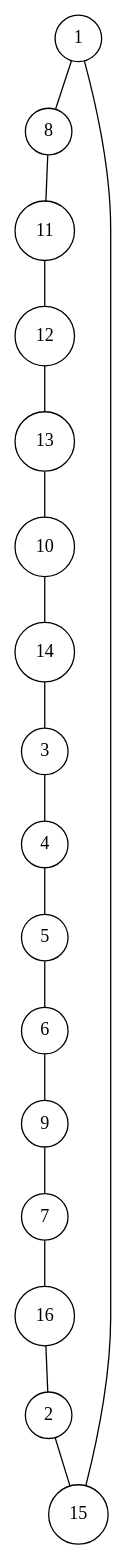
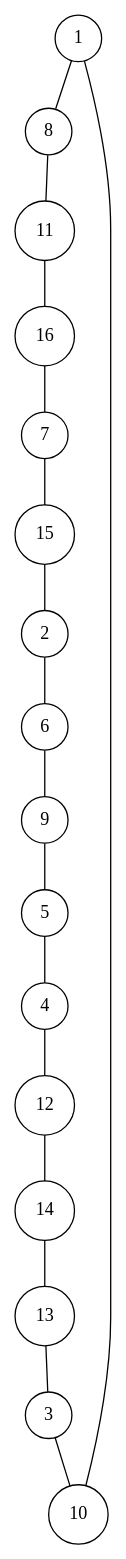
The diagram in data_tsplib/ulysses16/ulysses16.0.dot (lugot/tsp-approximation), drawn with Graphviz before and after one commit. The commit also changed 60 other files, not shown here.

```diff
--- a/data_tsplib/ulysses16/ulysses16.0.dot
+++ b/data_tsplib/ulysses16/ulysses16.0.dot
@@ -1,36 +1,36 @@
 graph ulysses16 {
 	node [shape=circle fillcolor=white]
 	1 [ pos = "18.549600,9.905409!"]
 	2 [ pos = "19.194761,12.684938!"]
 	3 [ pos = "19.674994,12.282319!"]
 	4 [ pos = "17.589134,11.215135!"]
 	5 [ pos = "16.240602,5.112782!"]
 	6 [ pos = "18.219743,5.913170!"]
 	7 [ pos = "18.636915,6.359447!"]
 	8 [ pos = "18.200340,9.915110!"]
 	9 [ pos = "20.000000,4.414261!"]
 	10 [ pos = "19.970895,6.330342!"]
 	11 [ pos = "17.501819,-2.527286!"]
 	12 [ pos = "18.661169,7.339316!"]
 	13 [ pos = "18.505942,7.446034!"]
 	14 [ pos = "18.195489,7.358719!"]
 	15 [ pos = "17.215620,6.946398!"]
 	16 [ pos = "19.092894,9.488237!"]
 
-	16 -- 2
-	2 -- 15
-	15 -- 1
+	13 -- 3
+	3 -- 10
+	10 -- 1
 	1 -- 8
 	8 -- 11
-	11 -- 12
-	12 -- 13
-	13 -- 10
-	10 -- 14
-	14 -- 3
-	3 -- 4
-	4 -- 5
-	5 -- 6
+	11 -- 16
+	16 -- 7
+	7 -- 15
+	15 -- 2
+	2 -- 6
 	6 -- 9
-	9 -- 7
-	7 -- 16
+	9 -- 5
+	5 -- 4
+	4 -- 12
+	12 -- 14
+	14 -- 13
 }
```
